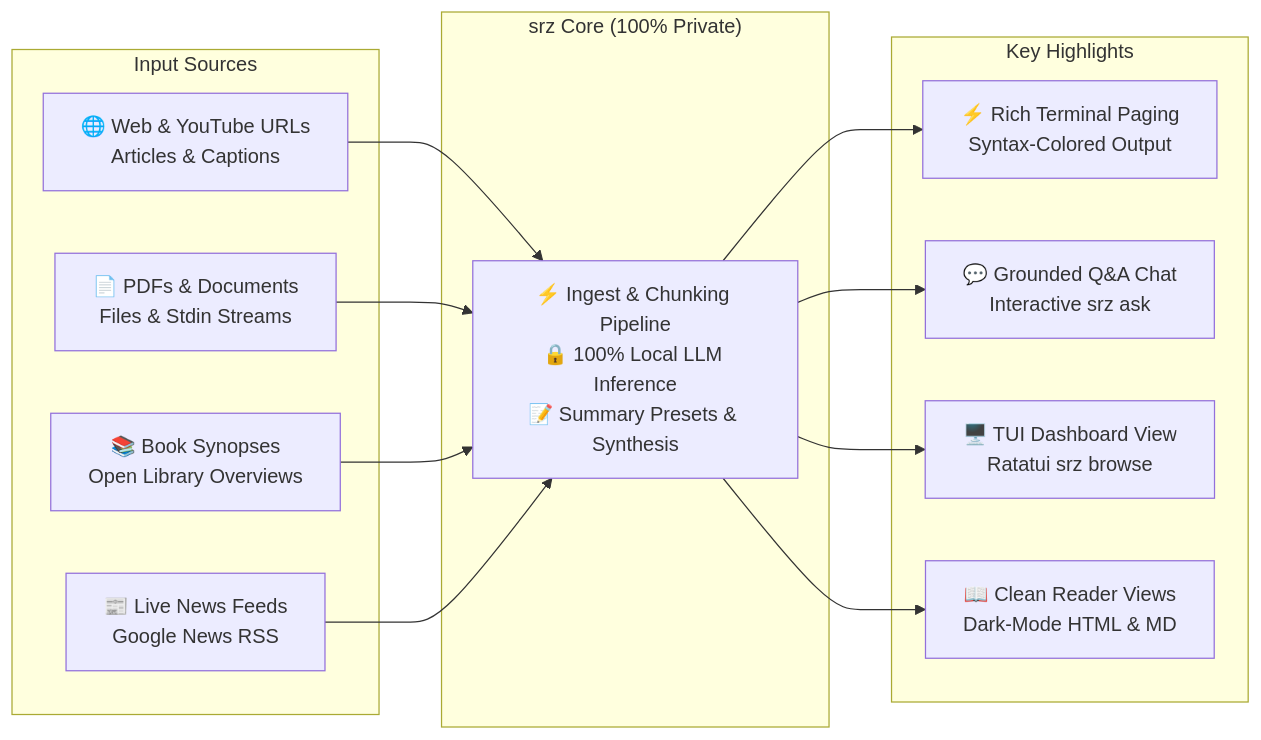
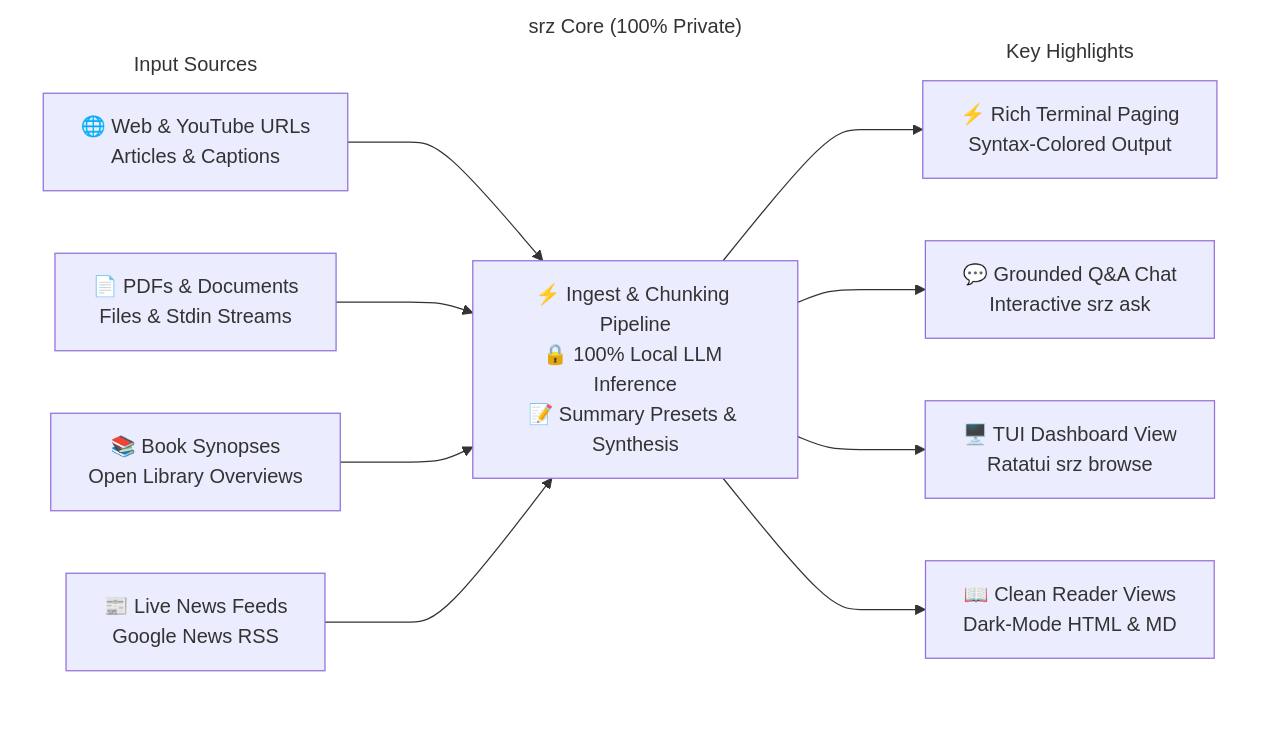
Before and after one commit to NewGuy012/srz: the diagram in README.md, drawn with Mermaid. The commit also changed other lines of this file and 3 other files, not shown here.

````diff
--- a/README.md
+++ b/README.md
@@ -19,31 +19,35 @@
 ```mermaid
 %%{init: {"flowchart": {"minNodeWidth": 210, "minNodeHeight": 54}}}%%
 flowchart LR
     subgraph Sources["Input Sources"]
         S1["🌐 Web & YouTube URLs\nArticles & Captions"]
         S2["📄 PDFs & Documents\nFiles & Stdin Streams"]
         S3["📚 Book Synopses\nOpen Library Overviews"]
         S4["📰 Live News Feeds\nGoogle News RSS"]
     end
 
     subgraph Core["srz Core (100% Private)"]
         C["⚡ Ingest & Chunking Pipeline\n🔒 100% Local LLM Inference\n📝 Summary Presets & Synthesis"]
     end
 
     subgraph Highlights["Key Highlights"]
         H1["⚡ Rich Terminal Paging\nSyntax-Colored Output"]
         H2["💬 Grounded Q&A Chat\nInteractive srz ask"]
         H3["🖥️ TUI Dashboard View\nRatatui srz browse"]
         H4["📖 Clean Reader Views\nDark-Mode HTML & MD"]
     end
 
     S1 --> C
     S2 --> C
     S3 --> C
     S4 --> C
 
     C --> H1
     C --> H2
     C --> H3
     C --> H4
+
+    style Sources fill:transparent,stroke:transparent,stroke-width:0px
+    style Core fill:transparent,stroke:transparent,stroke-width:0px
+    style Highlights fill:transparent,stroke:transparent,stroke-width:0px
 ```
````
